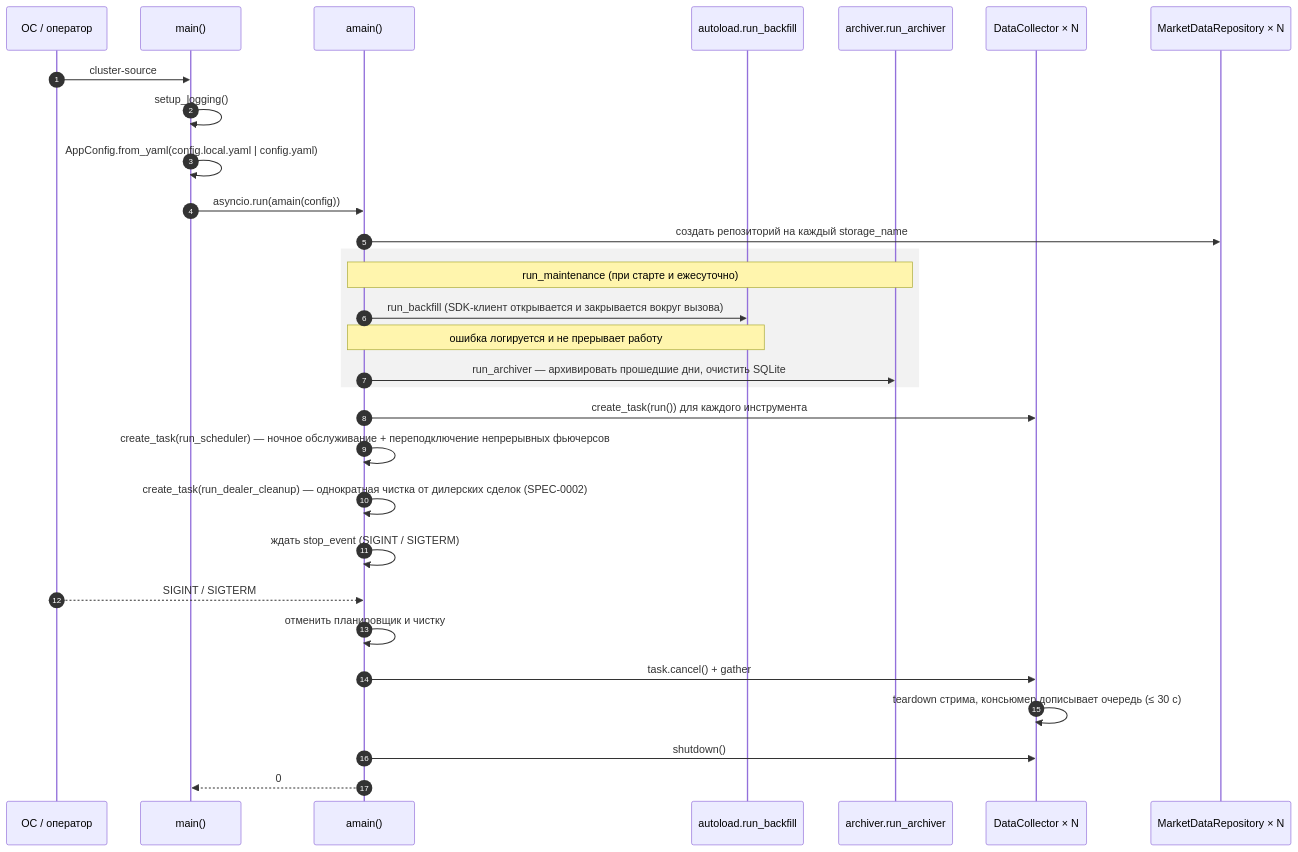
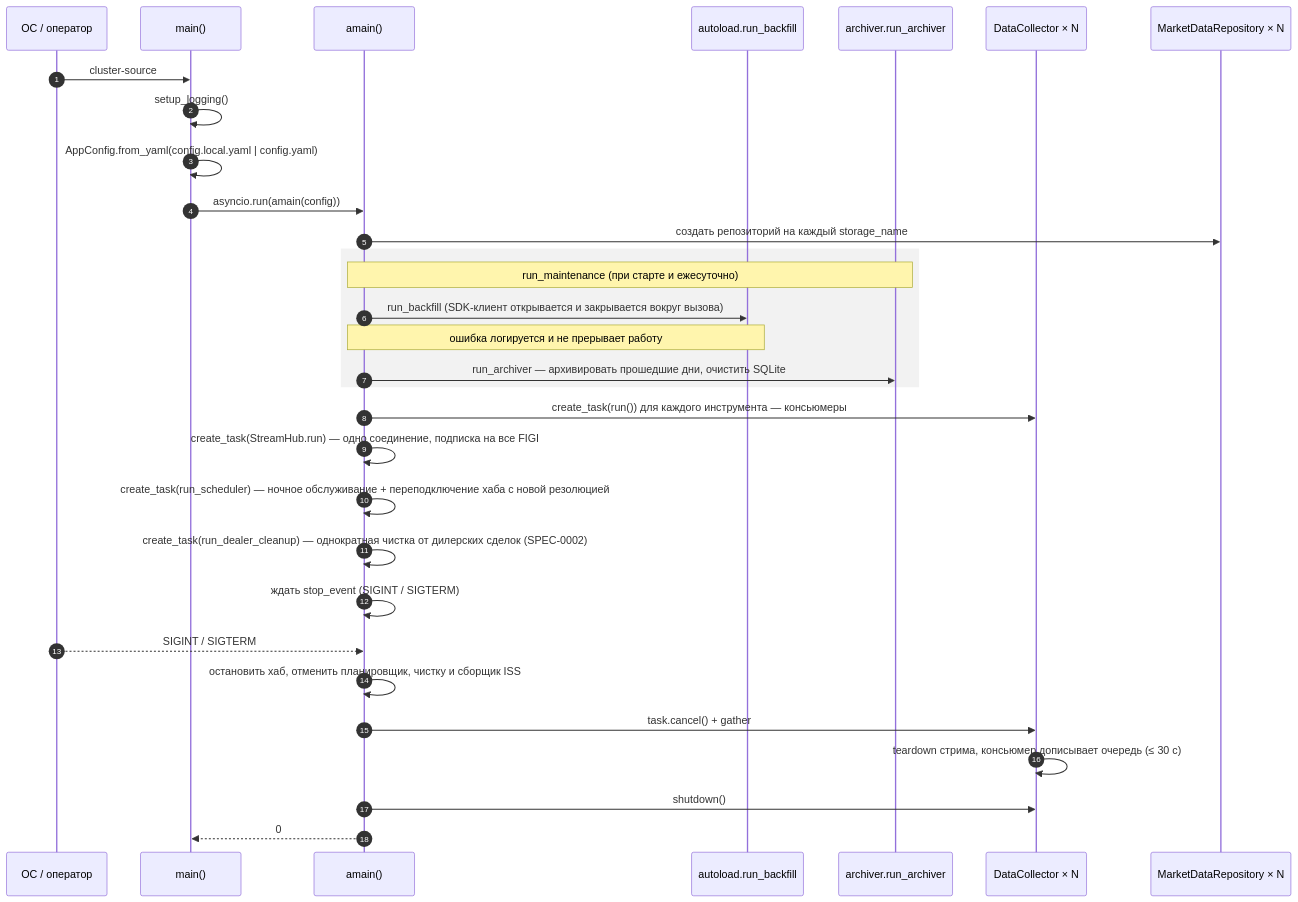
The second of 2 diagrams in docs/02-architecture.md (vladilenao/ClusterSource), drawn with Mermaid before and after one commit. The commit also changed other lines of this file and 27 other files, not shown here.

````diff
--- a/docs/02-architecture.md
+++ b/docs/02-architecture.md
@@ -88,33 +104,34 @@
 ```mermaid
 sequenceDiagram
     autonumber
     participant OS as ОС / оператор
     participant M as main()
     participant A as amain()
     participant BF as autoload.run_backfill
     participant AR as archiver.run_archiver
     participant C as DataCollector × N
     participant R as MarketDataRepository × N
 
     OS->>M: cluster-source
     M->>M: setup_logging()
     M->>M: AppConfig.from_yaml(config.local.yaml | config.yaml)
     M->>A: asyncio.run(amain(config))
     A->>R: создать репозиторий на каждый storage_name
     rect rgba(127,127,127,0.1)
     Note over A,AR: run_maintenance (при старте и ежесуточно)
     A->>BF: run_backfill (SDK-клиент открывается и закрывается вокруг вызова)
     Note over A,BF: ошибка логируется и не прерывает работу
     A->>AR: run_archiver — архивировать прошедшие дни, очистить SQLite
     end
-    A->>C: create_task(run()) для каждого инструмента
-    A->>A: create_task(run_scheduler) — ночное обслуживание + переподключение непрерывных фьючерсов
+    A->>C: create_task(run()) для каждого инструмента — консьюмеры
+    A->>A: create_task(StreamHub.run) — одно соединение, подписка на все FIGI
+    A->>A: create_task(run_scheduler) — ночное обслуживание + переподключение хаба с новой резолюцией
     A->>A: create_task(run_dealer_cleanup) — однократная чистка от дилерских сделок (SPEC-0002)
     A->>A: ждать stop_event (SIGINT / SIGTERM)
     OS-->>A: SIGINT / SIGTERM
-    A->>A: отменить планировщик и чистку
+    A->>A: остановить хаб, отменить планировщик, чистку и сборщик ISS
     A->>C: task.cancel() + gather
     C->>C: teardown стрима, консьюмер дописывает очередь (≤ 30 с)
     A->>C: shutdown()
     A-->>M: 0
 ```
````
